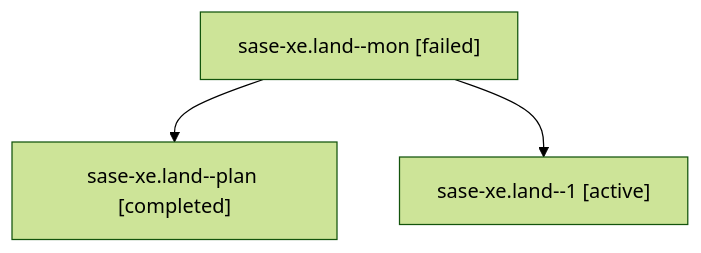
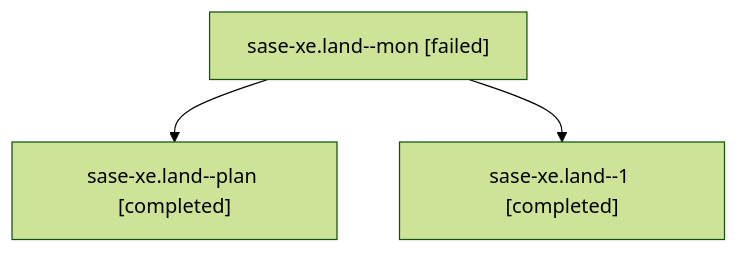
One commit to sase-org/sase--agents changed the diagram in families/bbugyi200.athena.sase-xe.land.md. Above: the diagram before and after it, drawn with Mermaid (forest theme). The commit also changed other lines of this file and 261 other files, not shown here.

````diff
--- a/families/bbugyi200.athena.sase-xe.land.md
+++ b/families/bbugyi200.athena.sase-xe.land.md
@@ -9,8 +9,8 @@
 ```mermaid
 flowchart TD
   n0["sase-xe.land--mon [failed]"]
   n1["sase-xe.land--plan [completed]"]
   n0 --> n1
-  n2["sase-xe.land--1 [active]"]
+  n2["sase-xe.land--1 [completed]"]
   n0 --> n2
 ```
````
